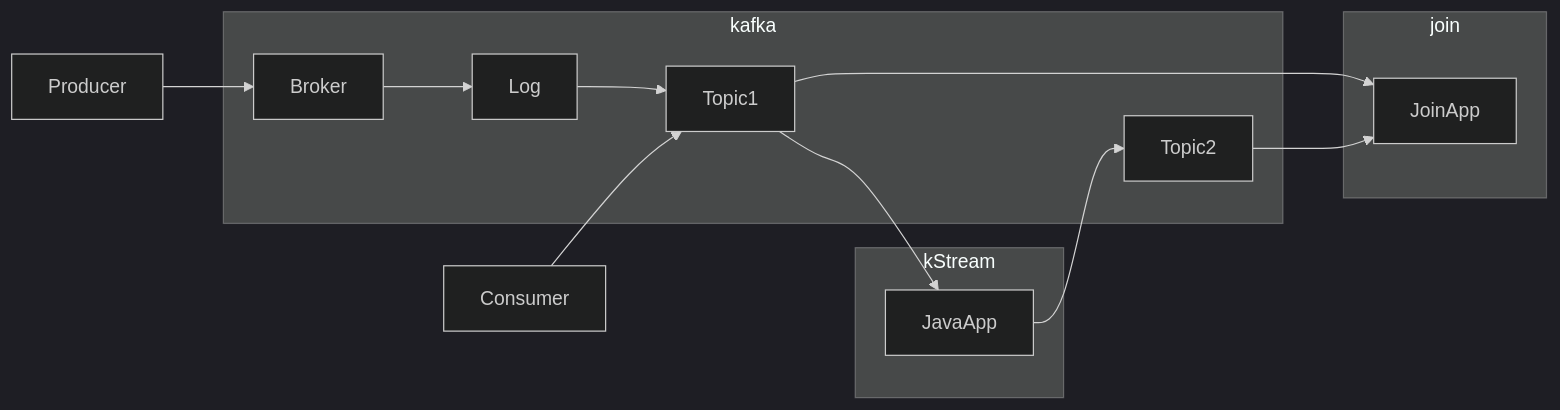
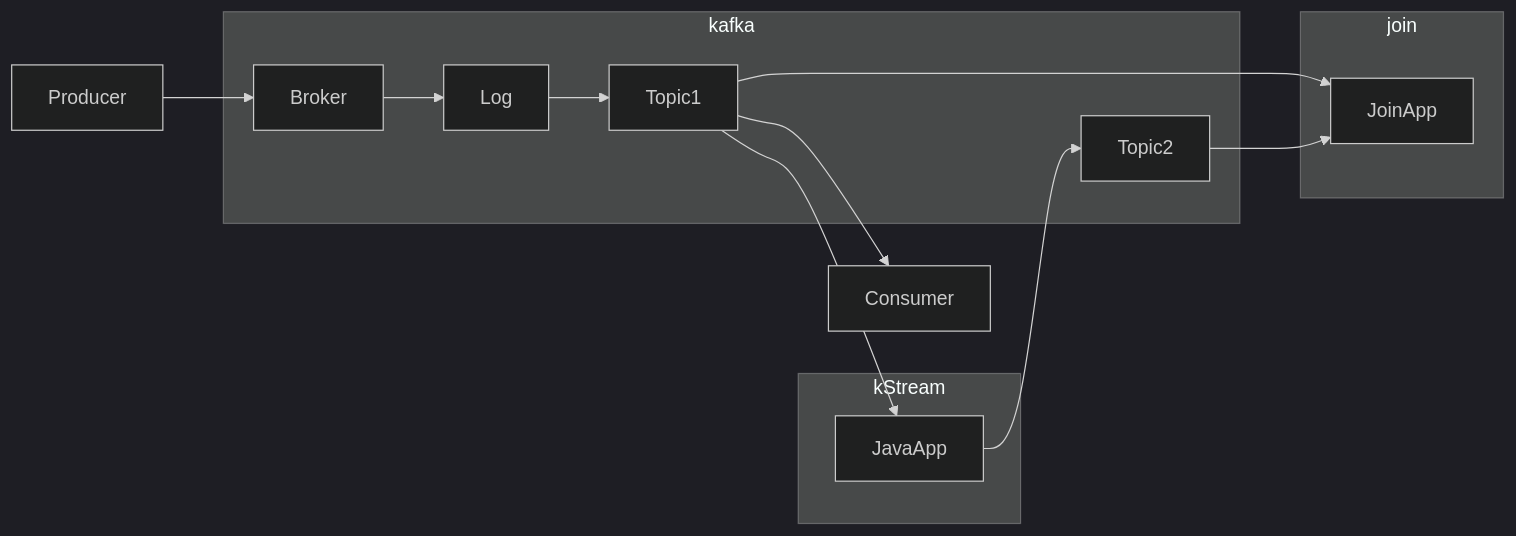
The second of 2 diagrams in tech/kafka/kafka.md (jakehova/knowledgedump), drawn with Mermaid (dark theme) before and after one commit. The commit also changed 3 other files, not shown here.

````diff
--- a/tech/kafka/kafka.md
+++ b/tech/kafka/kafka.md
@@ -96,18 +96,18 @@
 ```mermaid
     flowchart LR
     Producer-->Broker
     subgraph kafka
     Broker-->Log
     Log-->Topic1
     Topic2
     end
-    Consumer-->Topic1
+    Topic1-->Consumer
     subgraph kStream
     Topic1-->JavaApp
     JavaApp-->Topic2
     end
     subgraph join
     Topic1-->JoinApp
     Topic2-->JoinApp
     end
 ```
````
